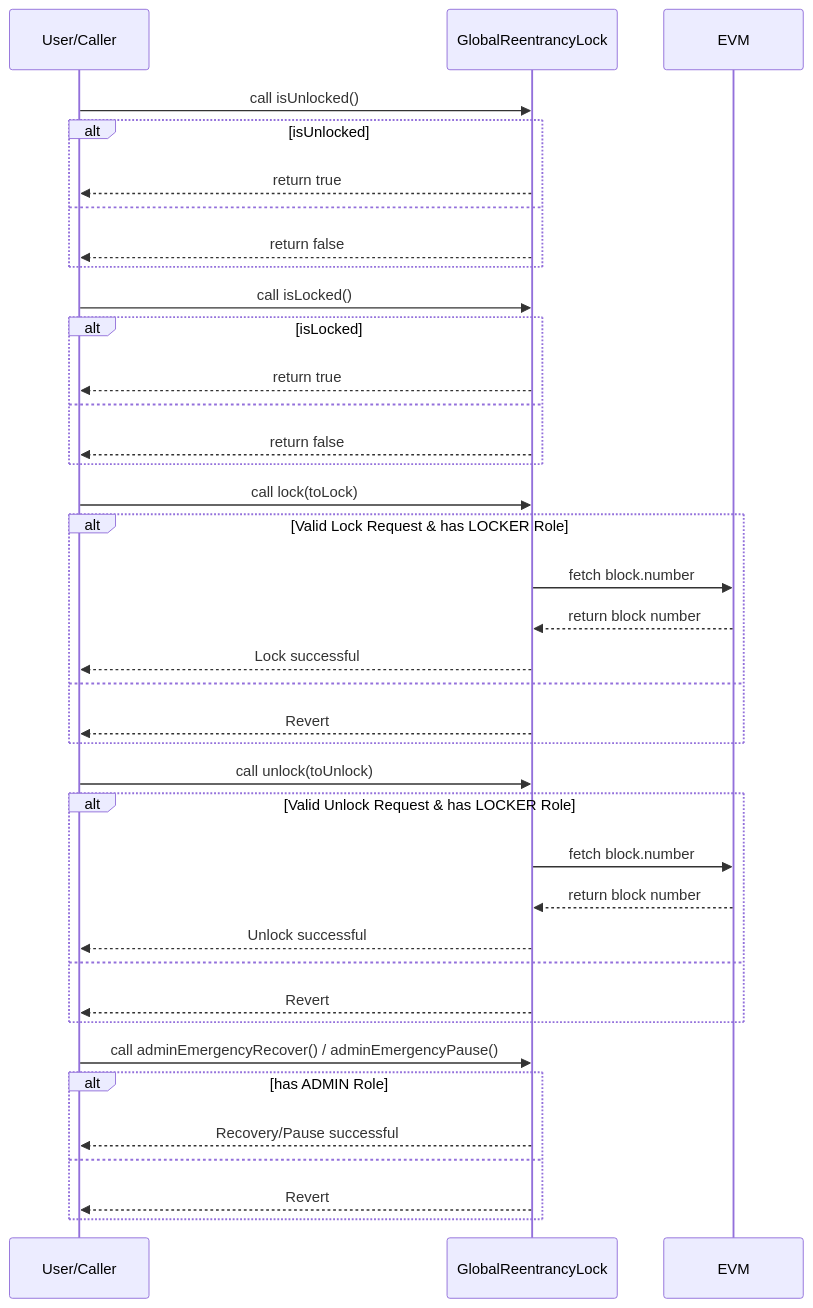
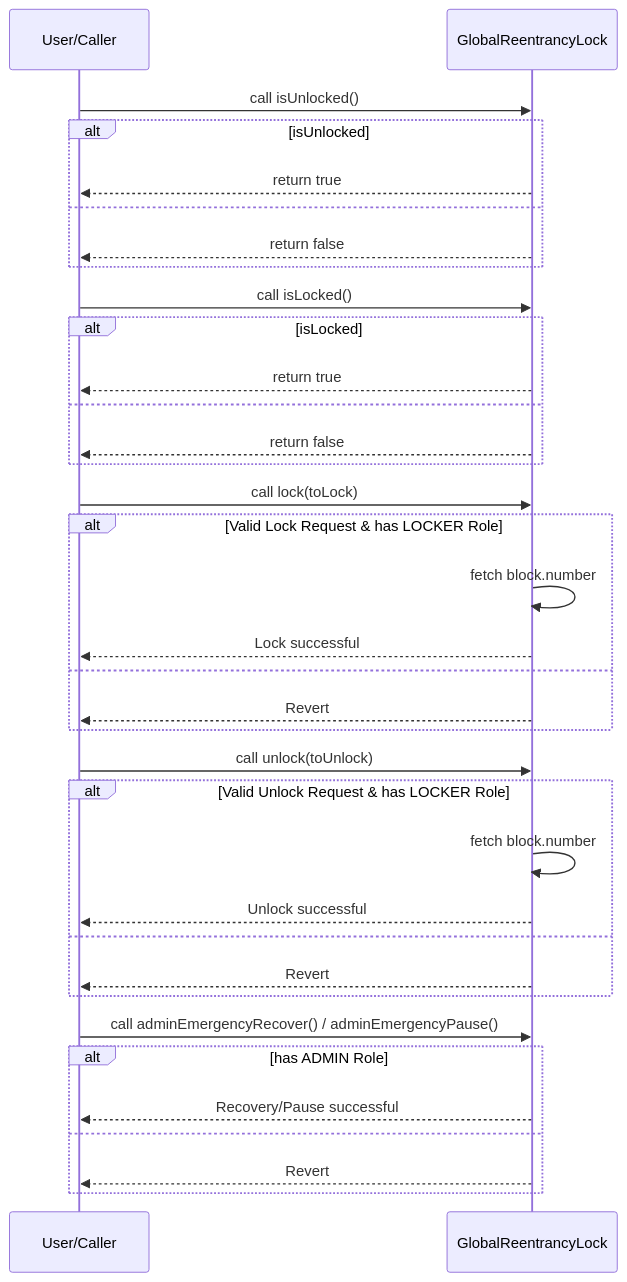
The second of 2 diagrams in doc/contracts/core/GlobalReentrancyLock.md (ZTX-Foundation/tuxedo), drawn with Mermaid before and after one commit. The commit also changed 5 other files, not shown here.

Commit message:
feat: updated sequence diagrams

````diff
--- a/doc/contracts/core/GlobalReentrancyLock.md
+++ b/doc/contracts/core/GlobalReentrancyLock.md
@@ -18,45 +18,42 @@
 ```mermaid
 sequenceDiagram
     participant User as User/Caller
     participant GlobalReentrancyLock
-    participant Block as EVM
     
     User->>GlobalReentrancyLock: call isUnlocked()
     alt isUnlocked
         GlobalReentrancyLock-->>User: return true
     else
         GlobalReentrancyLock-->>User: return false
     end
     
     User->>GlobalReentrancyLock: call isLocked()
     alt isLocked
         GlobalReentrancyLock-->>User: return true
     else
         GlobalReentrancyLock-->>User: return false
     end
     
     User->>GlobalReentrancyLock: call lock(toLock)
     alt Valid Lock Request & has LOCKER Role
-        GlobalReentrancyLock->>Block: fetch block.number
-        Block-->>GlobalReentrancyLock: return block number
+        GlobalReentrancyLock->>GlobalReentrancyLock: fetch block.number
         GlobalReentrancyLock-->>User: Lock successful
     else
         GlobalReentrancyLock-->>User: Revert
     end
     
     User->>GlobalReentrancyLock: call unlock(toUnlock)
     alt Valid Unlock Request & has LOCKER Role
-        GlobalReentrancyLock->>Block: fetch block.number
-        Block-->>GlobalReentrancyLock: return block number
+        GlobalReentrancyLock->>GlobalReentrancyLock: fetch block.number
         GlobalReentrancyLock-->>User: Unlock successful
     else
         GlobalReentrancyLock-->>User: Revert
     end
     
     User->>GlobalReentrancyLock: call adminEmergencyRecover() / adminEmergencyPause()
     alt has ADMIN Role
         GlobalReentrancyLock-->>User: Recovery/Pause successful
     else
         GlobalReentrancyLock-->>User: Revert
     end
 ```
````
